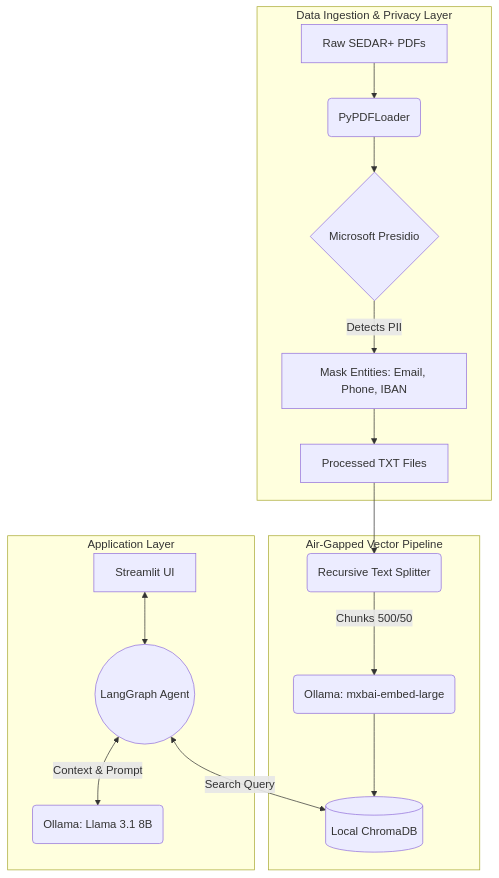
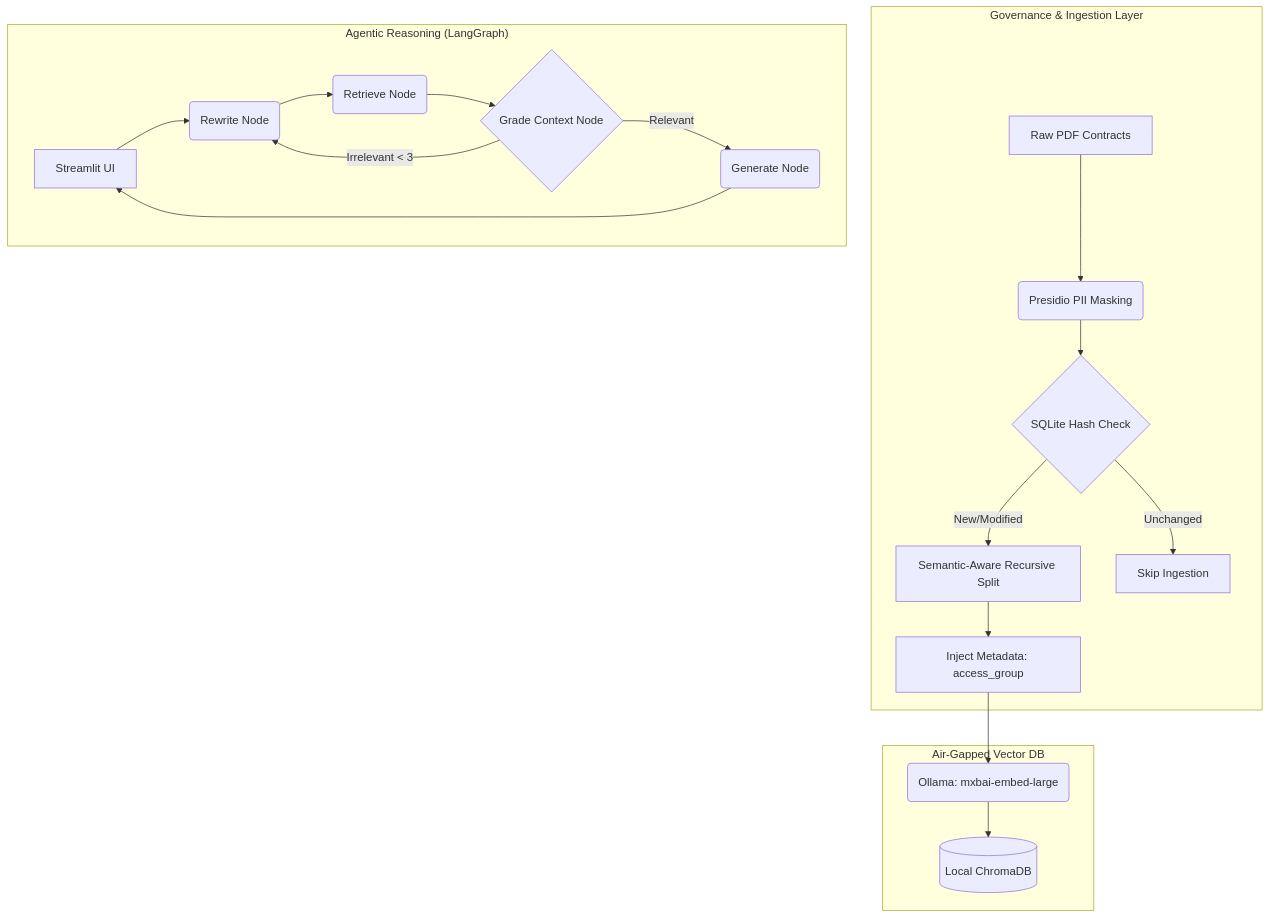
One commit to mkazemicent/fin-doc-rag-pipeline changed the diagram in README.md. Above: the diagram before and after it, drawn with Mermaid. The commit also changed other lines of this file and 3 other files, not shown here.

````diff
--- a/README.md
+++ b/README.md
@@ -19,21 +8,24 @@
 ```mermaid
 graph TD
-    subgraph "Data Ingestion & Privacy Layer"
-        A[Raw SEDAR+ PDFs] --> B(PyPDFLoader)
-        B --> C{Microsoft Presidio}
-        C -- Detects PII --> D[Mask Entities: Email, Phone, IBAN]
-        D --> E[Processed TXT Files]
+    subgraph "Governance & Ingestion Layer"
+        A[Raw PDF Contracts] --> B(Presidio PII Masking)
+        B --> C{SQLite Hash Check}
+        C -- "New/Modified" --> D[Semantic-Aware Recursive Split]
+        C -- "Unchanged" --> SKIP[Skip Ingestion]
+        D --> E[Inject Metadata: access_group]
     end
 
-    subgraph "Air-Gapped Vector Pipeline"
-        E --> F(Recursive Text Splitter)
-        F -- Chunks 500/50 --> G(Ollama: mxbai-embed-large)
-        G --> H[(Local ChromaDB)]
+    subgraph "Air-Gapped Vector DB"
+        E --> F(Ollama: mxbai-embed-large)
+        F --> G[(Local ChromaDB)]
     end
 
-    subgraph "Application Layer"
-        I[Streamlit UI] <--> J((LangGraph Agent))
-        J <--> |Search Query| H
-        J <--> |Context & Prompt| K(Ollama: Llama 3.1 8B)
+    subgraph "Agentic Reasoning (LangGraph)"
+        H[Streamlit UI] --> I(Rewrite Node)
+        I --> J(Retrieve Node)
+        J --> K{Grade Context Node}
+        K -- "Relevant" --> L(Generate Node)
+        K -- "Irrelevant < 3" --> I
+        L --> H
     end
 ```
````
